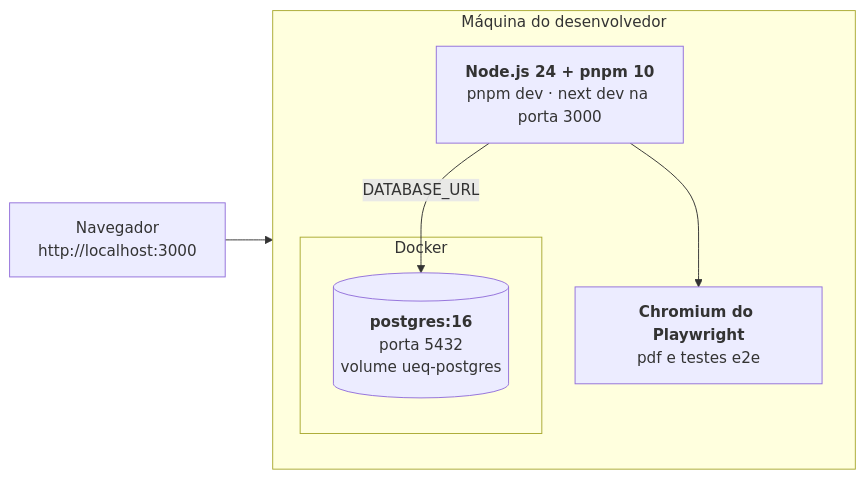
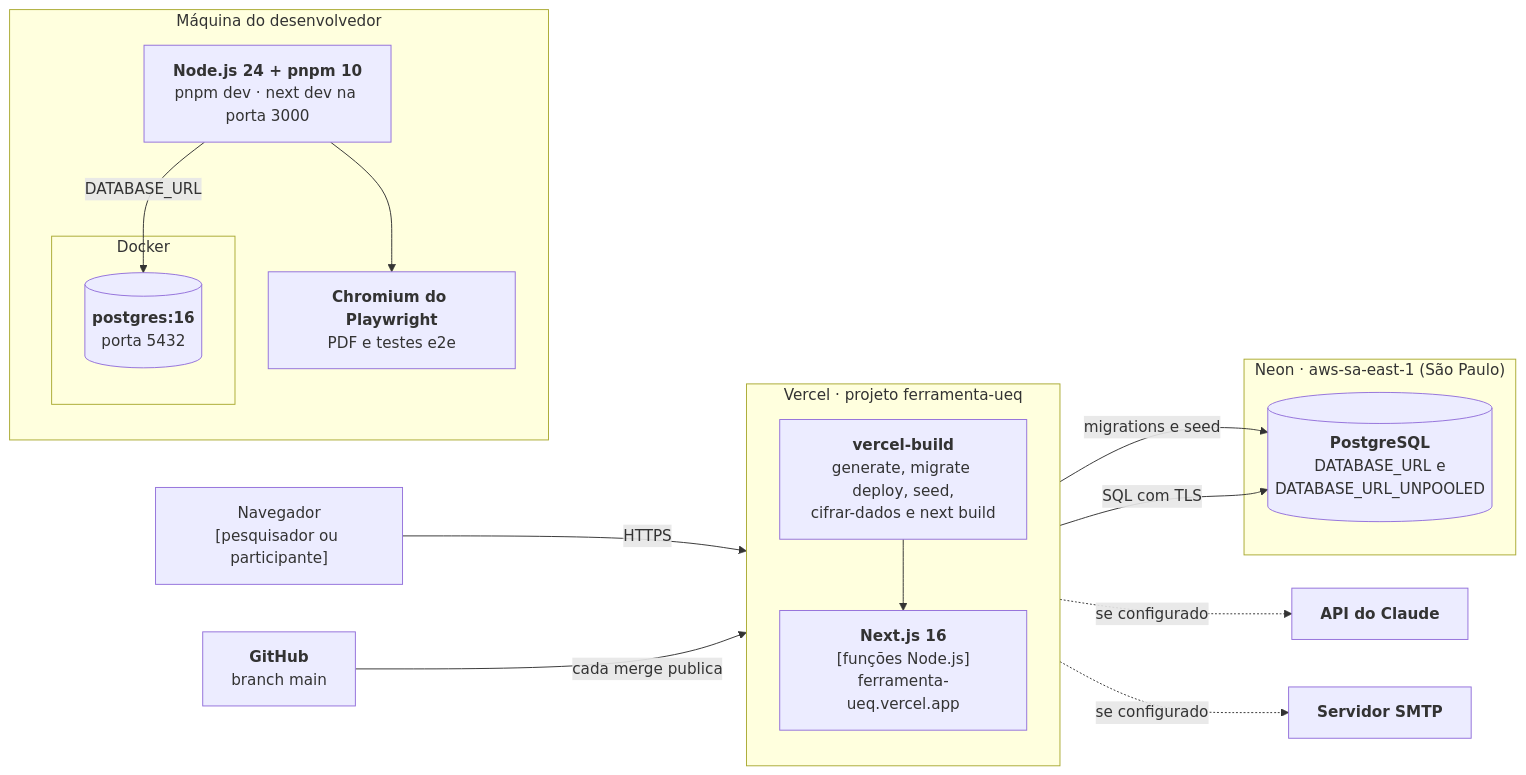
Before and after one commit to gabrielfjm/ueq_form_ihc: the fourth of 4 diagrams in docs/documentacao/arquitetura.md, drawn with Mermaid. The commit also changed other lines of this file and 54 other files, not shown here.

````diff
--- a/docs/documentacao/arquitetura.md
+++ b/docs/documentacao/arquitetura.md
@@ -206,14 +262,37 @@
 ```mermaid
 flowchart LR
+    navegador["Navegador<br/>[pesquisador ou participante]"]
+
+    subgraph vercel["Vercel · projeto ferramenta-ueq"]
+        direction TB
+        funcoes["<b>Next.js 16</b><br/>[funções Node.js]<br/>ferramenta-ueq.vercel.app"]
+        build["<b>vercel-build</b><br/>generate, migrate deploy, seed,<br/>cifrar-dados e next build"]
+    end
+
+    subgraph neon["Neon · aws-sa-east-1 (São Paulo)"]
+        pgprod[("<b>PostgreSQL</b><br/>DATABASE_URL e<br/>DATABASE_URL_UNPOOLED")]
+    end
+
+    github["<b>GitHub</b><br/>branch main"]
+    claudeapi["<b>API do Claude</b>"]
+    smtpserv["<b>Servidor SMTP</b>"]
+
     subgraph maquina["Máquina do desenvolvedor"]
         direction TB
         node["<b>Node.js 24 + pnpm 10</b><br/>pnpm dev · next dev na porta 3000"]
-        chromium["<b>Chromium do Playwright</b><br/>pdf e testes e2e"]
+        chromium["<b>Chromium do Playwright</b><br/>PDF e testes e2e"]
         subgraph docker["Docker"]
-            pg[("<b>postgres:16</b><br/>porta 5432<br/>volume ueq-postgres")]
+            pg[("<b>postgres:16</b><br/>porta 5432")]
         end
     end
-    navegador["Navegador<br/>http://localhost:3000"] --> node
+
+    navegador -- "HTTPS" --> funcoes
+    github -- "cada merge publica" --> build
+    build -- "migrations e seed" --> pgprod
+    build --> funcoes
+    funcoes -- "SQL com TLS" --> pgprod
+    funcoes -. "se configurado" .-> claudeapi
+    funcoes -. "se configurado" .-> smtpserv
     node -- "DATABASE_URL" --> pg
     node --> chromium
 ```
````
